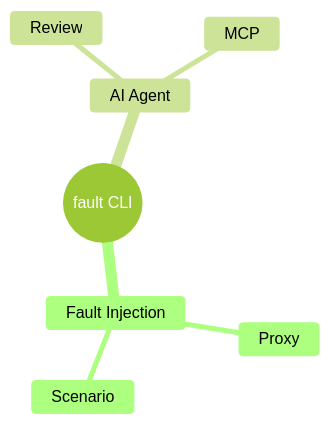
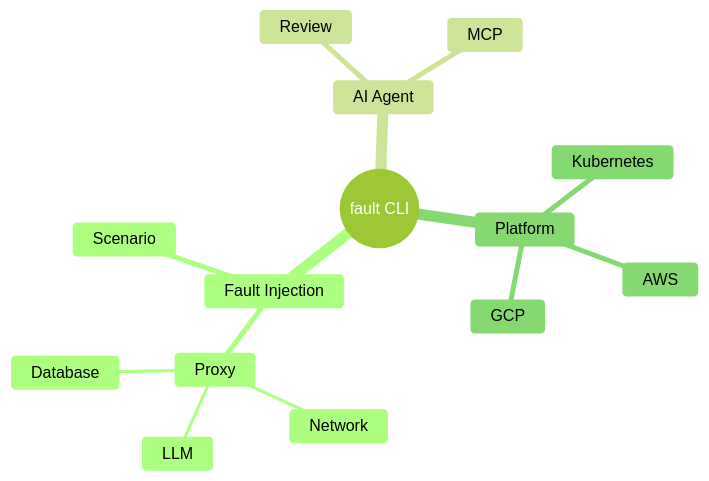
Before and after one commit to fault-project/fault-www: the diagram in docs/tutorials/tldr.md, drawn with Mermaid. The commit also changed other lines of this file and 1 other file, not shown here.

````diff
--- a/docs/tutorials/tldr.md
+++ b/docs/tutorials/tldr.md
@@ -10,14 +11,21 @@
 ```mermaid
 ---
 config:
   theme: 'forest'
 ---
 mindmap
   root((fault CLI))
     Fault Injection
       Proxy
+        Network
+        LLM
+        Database
       Scenario
     AI Agent
       Review
       MCP
+    Platform
+      Kubernetes
+      AWS
+      GCP
 ```
````
